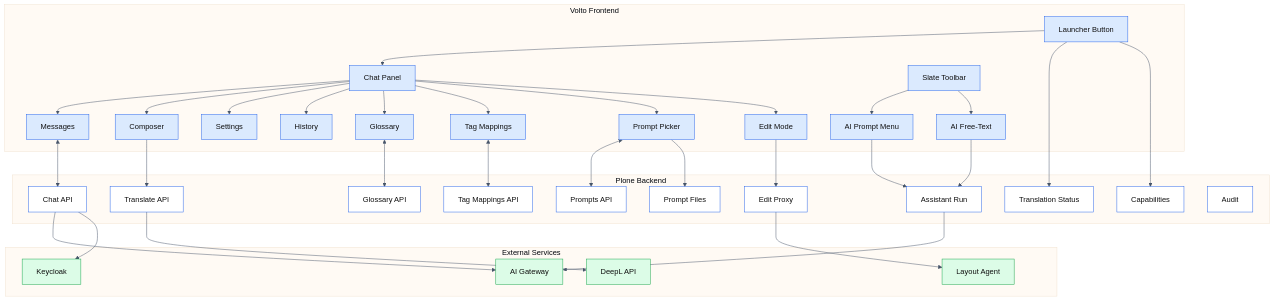
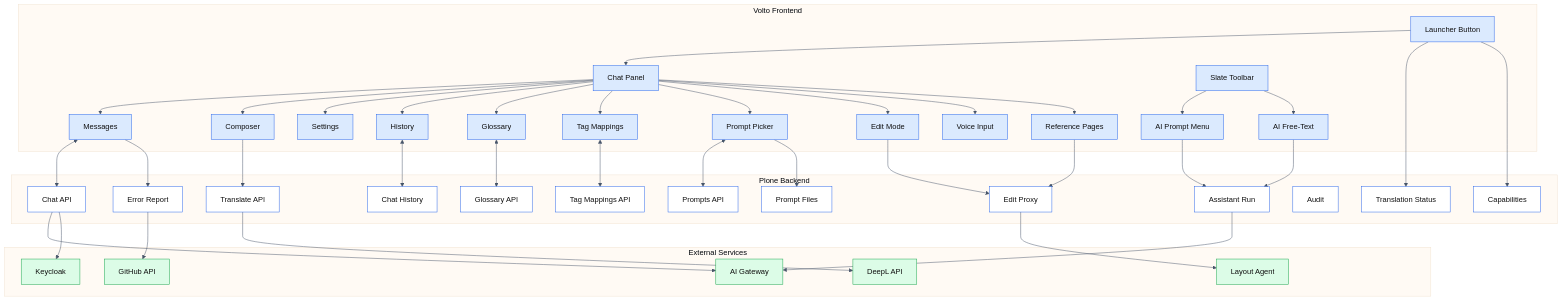
Before and after one commit to interaktivgmbh/volto-interaktiv-kyra: the seventh of 8 diagrams in README.md, drawn with Mermaid. The commit also changed other lines of this file and 1 other file, not shown here.

````diff
--- a/README.md
+++ b/README.md
@@ -374,6 +426,8 @@
         P --> Tags["Tag Mappings"]
         P --> Prom["Prompt Picker"]
         P --> Edit["Edit Mode"]
+        P --> Voice["Voice Input"]
+        P --> RefPages["Reference Pages"]
         Slate["Slate Toolbar"] --> AIBtn["AI Prompt Menu"]
         Slate --> AIChat["AI Free-Text"]
     end
@@ -390,6 +444,8 @@
         C9["Prompt Files"]
         C10["Edit Proxy"]
         C11["Audit"]
+        C12["Chat History"]
+        C13["Error Report"]
     end
 
     subgraph Services["External Services"]
@@ -397,6 +453,7 @@
         DL["DeepL API"]
         KC["Keycloak"]
         LA["Layout Agent"]
+        GH["GitHub API"]
     end
 
     Chat <--> C1
@@ -410,11 +467,15 @@
     AIChat --> C8
     Prom --> C9
     Edit --> C10
+    Hist <--> C12
+    Chat --> C13
+    RefPages --> C10
     C1 --> GW
     C1 --> KC
     C2 --> DL
     C8 --> GW
     C10 --> LA
+    C13 --> GH
 
     style L fill:#dbeafe,stroke:#2563eb,color:#111
     style P fill:#dbeafe,stroke:#2563eb,color:#111
@@ -426,6 +487,8 @@
     style Tags fill:#dbeafe,stroke:#2563eb,color:#111
     style Prom fill:#dbeafe,stroke:#2563eb,color:#111
     style Edit fill:#dbeafe,stroke:#2563eb,color:#111
+    style Voice fill:#dbeafe,stroke:#2563eb,color:#111
+    style RefPages fill:#dbeafe,stroke:#2563eb,color:#111
     style Slate fill:#dbeafe,stroke:#2563eb,color:#111
     style AIBtn fill:#dbeafe,stroke:#2563eb,color:#111
     style AIChat fill:#dbeafe,stroke:#2563eb,color:#111
@@ -440,8 +503,11 @@
     style C9 fill:#fff,stroke:#2563eb,color:#111
     style C10 fill:#fff,stroke:#2563eb,color:#111
     style C11 fill:#fff,stroke:#2563eb,color:#111
+    style C12 fill:#fff,stroke:#2563eb,color:#111
+    style C13 fill:#fff,stroke:#2563eb,color:#111
     style GW fill:#dcfce7,stroke:#16a34a,color:#111
     style DL fill:#dcfce7,stroke:#16a34a,color:#111
     style KC fill:#dcfce7,stroke:#16a34a,color:#111
     style LA fill:#dcfce7,stroke:#16a34a,color:#111
+    style GH fill:#dcfce7,stroke:#16a34a,color:#111
 ```
````
